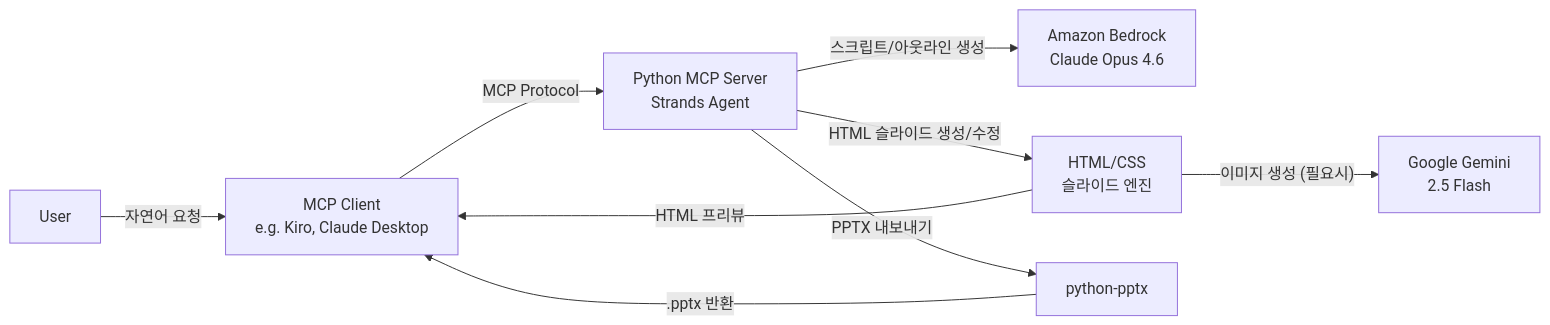
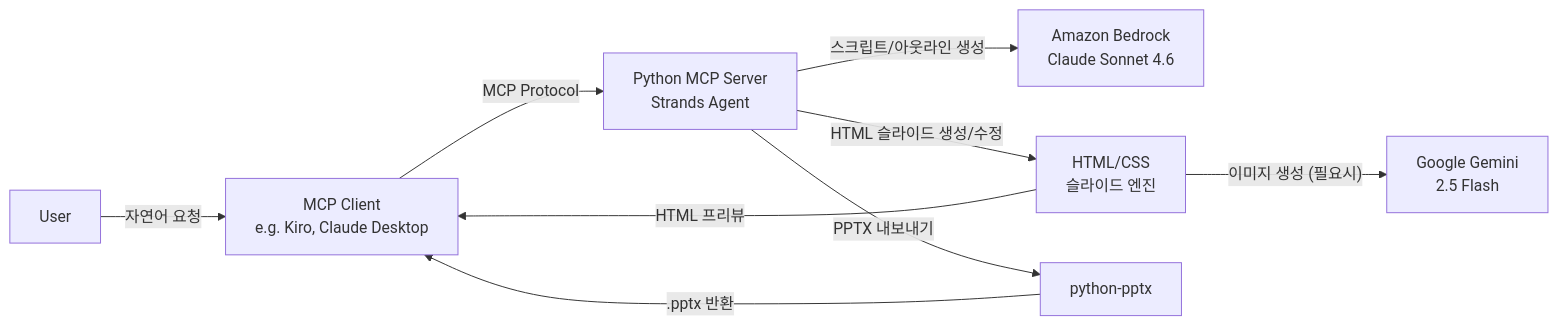
Before and after one commit to haandol/ppt-generator: the first of 3 diagrams in docs/ppt-generator.alps.md, drawn with Mermaid. The commit also changed other lines of this file and 8 other files, not shown here.

First line of the commit message:
docs: update LLM references from Opus 4.6 to Sonnet 4.6 Extended Thinking

````diff
--- a/docs/ppt-generator.alps.md
+++ b/docs/ppt-generator.alps.md
@@ -103,11 +103,11 @@
 ```mermaid
 flowchart LR
     User -- "자연어 요청" --> MCPClient[MCP Client\ne.g. Kiro, Claude Desktop]
     MCPClient -- "MCP Protocol" --> MCPServer[Python MCP Server\nStrands Agent]
-    MCPServer -- "스크립트/아웃라인 생성" --> Bedrock[Amazon Bedrock\nClaude Opus 4.6]
+    MCPServer -- "스크립트/아웃라인 생성" --> Bedrock[Amazon Bedrock\nClaude Sonnet 4.6]
     MCPServer -- "HTML 슬라이드 생성/수정" --> HTMLEngine[HTML/CSS\n슬라이드 엔진]
     HTMLEngine -- "이미지 생성 (필요시)" --> Gemini[Google Gemini\n2.5 Flash]
     MCPServer -- "PPTX 내보내기" --> PythonPptx[python-pptx]
     HTMLEngine -- "HTML 프리뷰" --> MCPClient
     PythonPptx -- ".pptx 반환" --> MCPClient
 ```
````
